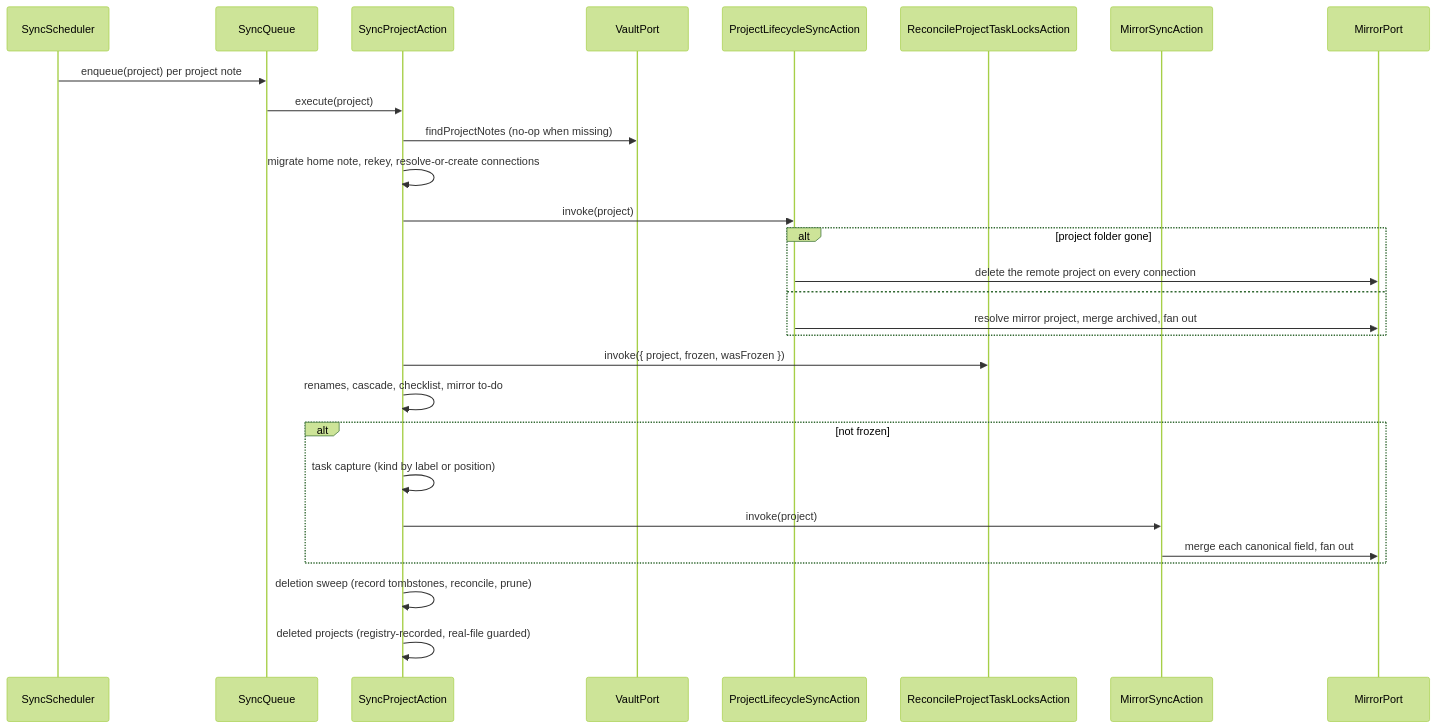
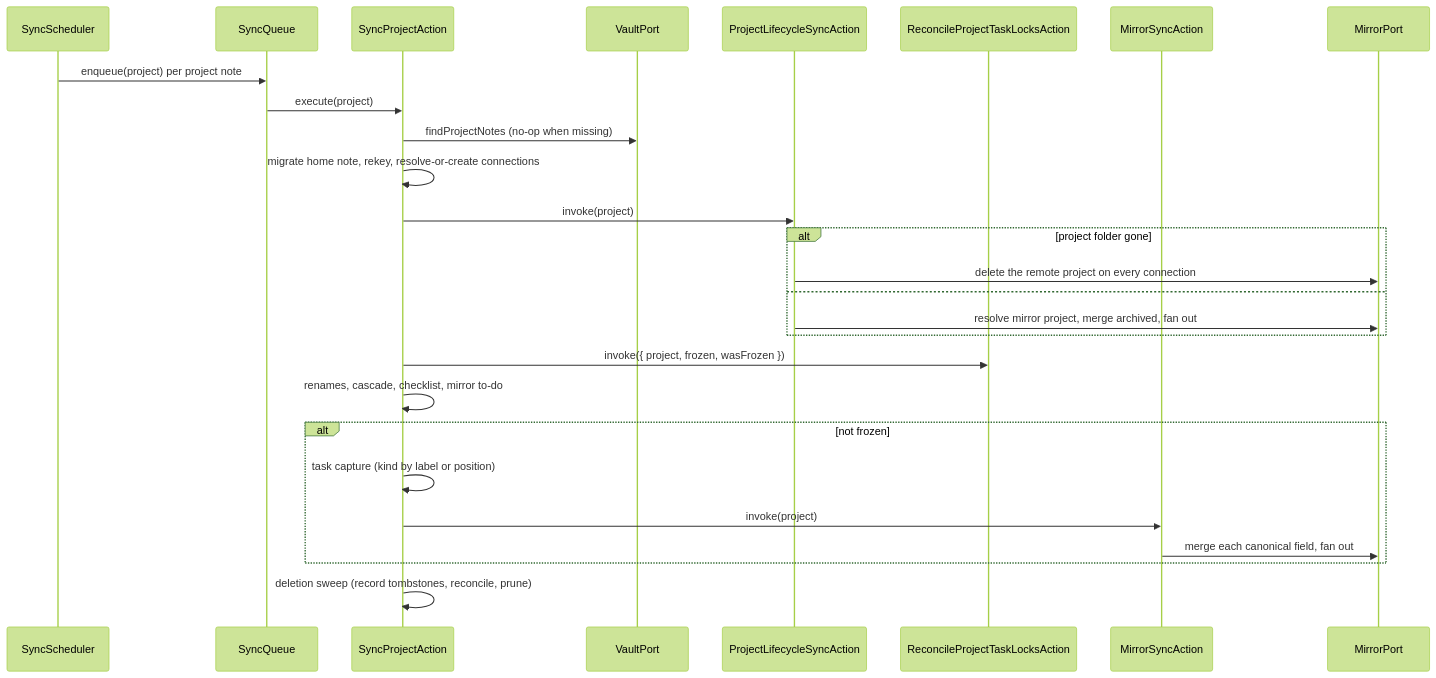
Before and after one commit to 99linesofcode/obsidian-project-management: the diagram in ARCHITECTURE.md, drawn with Mermaid (forest theme). The commit also changed other lines of this file and 14 other files, not shown here.

````diff
--- a/ARCHITECTURE.md
+++ b/ARCHITECTURE.md
@@ -123,31 +123,30 @@
 ```mermaid
 sequenceDiagram
   participant Sched as SyncScheduler
   participant Q as SyncQueue
   participant SP as SyncProjectAction
   participant V as VaultPort
   participant Life as ProjectLifecycleSyncAction
   participant Lock as ReconcileProjectTaskLocksAction
   participant TF as MirrorSyncAction
   participant M as MirrorPort
 
   Sched->>Q: enqueue(project) per project note
   Q->>SP: execute(project)
   SP->>V: findProjectNotes (no-op when missing)
   SP->>SP: migrate home note, rekey, resolve-or-create connections
   SP->>Life: invoke(project)
   alt project folder gone
     Life->>M: delete the remote project on every connection
   else
     Life->>M: resolve mirror project, merge archived, fan out
   end
   SP->>Lock: invoke({ project, frozen, wasFrozen })
   SP->>SP: renames, cascade, checklist, mirror to-do
   alt not frozen
     SP->>SP: task capture (kind by label or position)
     SP->>TF: invoke(project)
     TF->>M: merge each canonical field, fan out
   end
   SP->>SP: deletion sweep (record tombstones, reconcile, prune)
-  SP->>SP: deleted projects (registry-recorded, real-file guarded)
 ```
````
